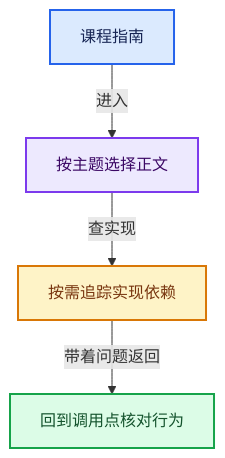
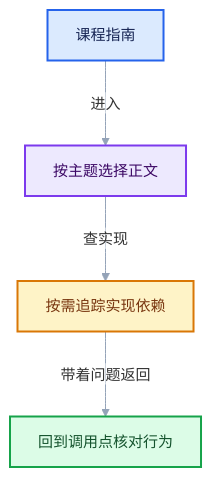
Before and after one commit to yunkezengren/blender-.vscode: the diagram in 杂/markdown/重复区域-dsh/00-课程指南/README.md, drawn with Mermaid. The commit also changed other lines of this file and 34 other files, not shown here.

````diff
--- a/杂/markdown/重复区域-dsh/00-课程指南/README.md
+++ b/杂/markdown/重复区域-dsh/00-课程指南/README.md
@@ -17,16 +23,17 @@
 ```mermaid
+%%{init: {"theme":"base","themeVariables":{"fontFamily":"\"Segoe UI\",\"Microsoft YaHei\",sans-serif","fontSize":"15px","lineColor":"#94A3B8","edgeLabelBackground":"#FFFFFF","clusterBkg":"#F8FAFC","clusterBorder":"#CBD5E1"},"flowchart":{"htmlLabels":false,"curve":"basis","nodeSpacing":52,"rankSpacing":64,"padding":14,"diagramPadding":16,"useMaxWidth":true},"sequence":{"useMaxWidth":true,"wrap":true,"mirrorActors":false,"messageMargin":36}}}%%
 flowchart TB
   E["课程指南"]:::input
   Q["按主题选择正文"]:::abstraction
   S["按需追踪实现依赖"]:::compute
   R["回到调用点核对行为"]:::result
   E -->|"进入"| Q
   Q -->|"查实现"| S
   S -->|"带着问题返回"| R
   classDef input fill:#DBEAFE,stroke:#2563EB,color:#172554,stroke-width:2px;
   classDef data fill:#CFFAFE,stroke:#0891B2,color:#164E63,stroke-width:2px;
   classDef abstraction fill:#EDE9FE,stroke:#7C3AED,color:#3B0764,stroke-width:2px;
   classDef compute fill:#FEF3C7,stroke:#D97706,color:#78350F,stroke-width:2px;
   classDef result fill:#DCFCE7,stroke:#16A34A,color:#14532D,stroke-width:2px;
   classDef error fill:#FEE2E2,stroke:#DC2626,color:#7F1D1D,stroke-width:2px;
 ```
````
